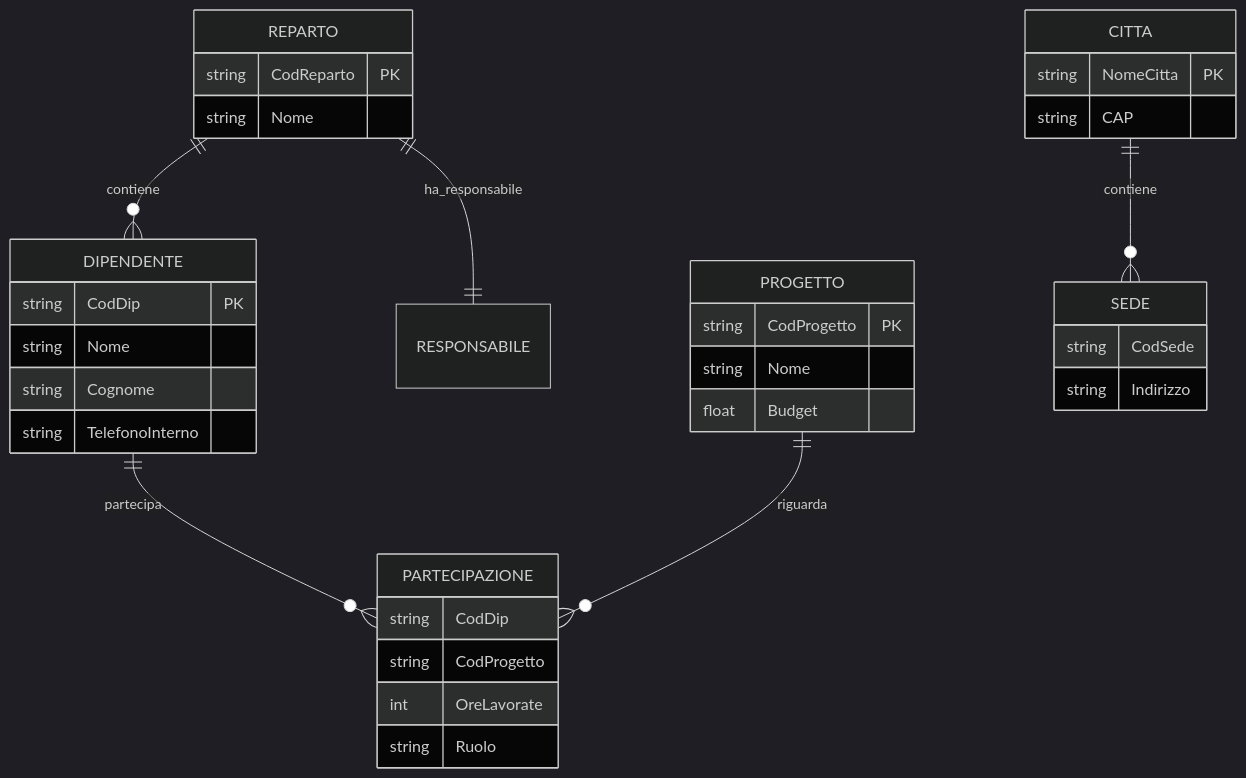
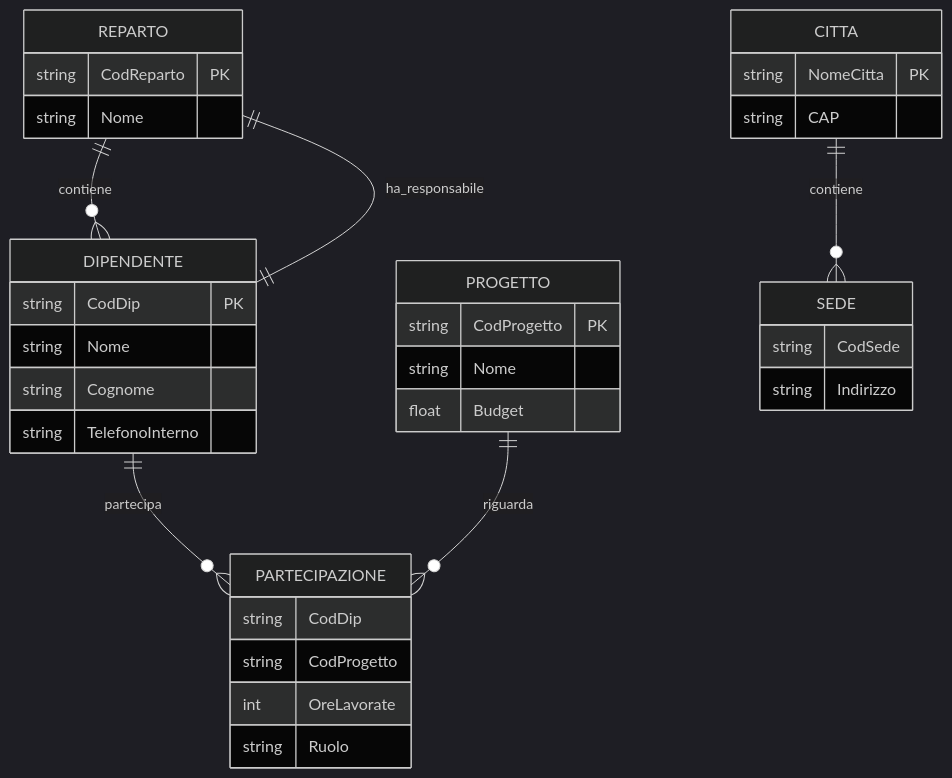
Before and after one commit to prof-davidaffo/didattica: diagram 16 of 16 in content/Argomenti/Database/Database Relazionali.md, drawn with Mermaid (dark theme). The commit also changed 1 other file, not shown here.

Commit message:
Quartz sync: Nov 27, 2025, 1:31 PM

````diff
--- a/content/Argomenti/Database/Database Relazionali.md
+++ b/content/Argomenti/Database/Database Relazionali.md
@@ -577,37 +577,37 @@
 ```mermaid
 erDiagram
     REPARTO ||--o{ DIPENDENTE : contiene
-    REPARTO ||--|| RESPONSABILE : ha_responsabile
+    REPARTO ||--|| DIPENDENTE : ha_responsabile
     DIPENDENTE ||--o{ PARTECIPAZIONE : partecipa
     PROGETTO   ||--o{ PARTECIPAZIONE : riguarda
     CITTA ||--o{ SEDE : contiene
     DIPENDENTE {
         string CodDip PK
         string Nome
         string Cognome
         string TelefonoInterno
     }
     REPARTO {
         string CodReparto PK
         string Nome
     }
     PROGETTO {
         string CodProgetto PK
         string Nome
         float Budget
     }
     PARTECIPAZIONE {
         string CodDip
         string CodProgetto
         int OreLavorate
         string Ruolo
     }
     SEDE {
         string CodSede
         string Indirizzo
     }
     CITTA {
         string NomeCitta PK
         string CAP
     }
 ```
````
